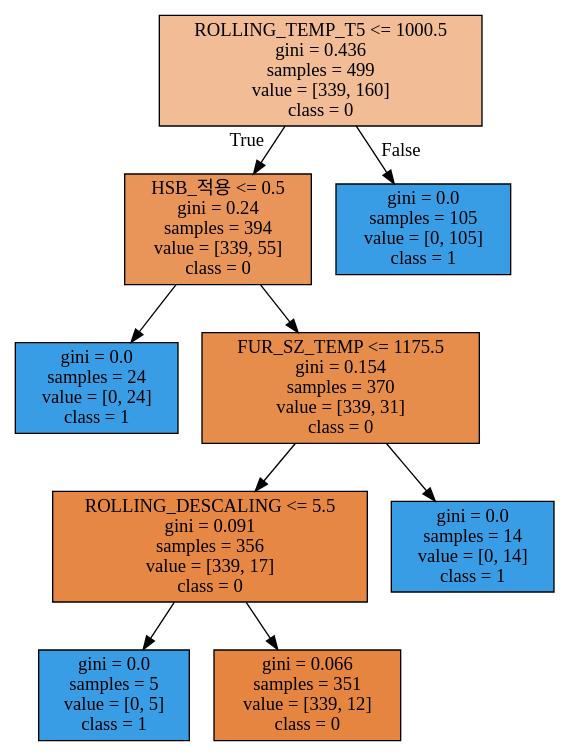
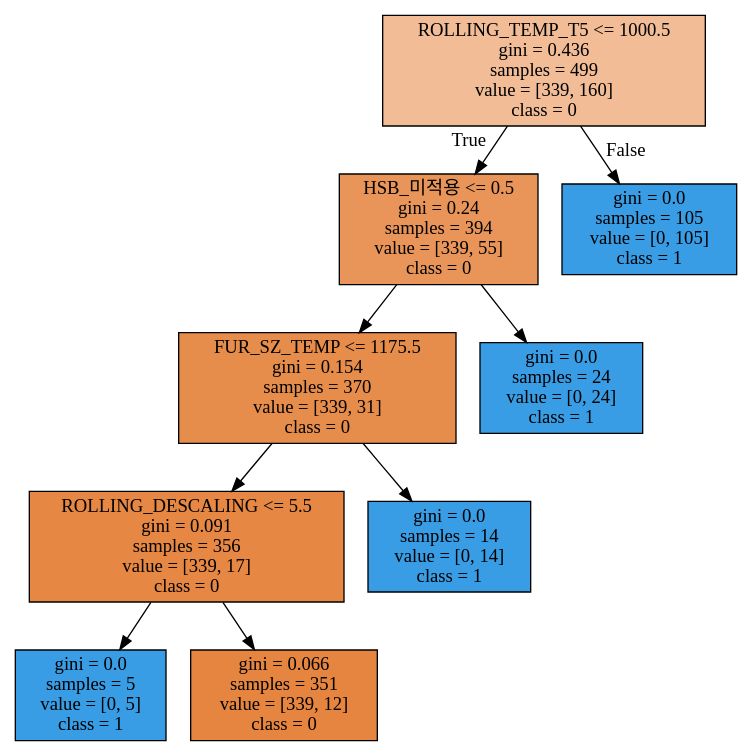
One commit to juno1028/Postech_Academy changed the diagram in HW/BigData/빅데이터 종합실습/종합실습2/tree_low.dot. Above: the diagram before and after it, drawn with Graphviz. The commit also changed 4 other files, not shown here.

```diff
--- a/HW/BigData/빅데이터 종합실습/종합실습2/tree_low.dot
+++ b/HW/BigData/빅데이터 종합실습/종합실습2/tree_low.dot
@@ -1,20 +1,20 @@
 digraph Tree {
 node [shape=box, style="filled", color="black"] ;
 0 [label="ROLLING_TEMP_T5 <= 1000.5\ngini = 0.436\nsamples = 499\nvalue = [339, 160]\nclass = 0", fillcolor="#f1bc96"] ;
-1 [label="HSB_적용 <= 0.5\ngini = 0.24\nsamples = 394\nvalue = [339, 55]\nclass = 0", fillcolor="#e99559"] ;
+1 [label="HSB_미적용 <= 0.5\ngini = 0.24\nsamples = 394\nvalue = [339, 55]\nclass = 0", fillcolor="#e99559"] ;
 0 -> 1 [labeldistance=2.5, labelangle=45, headlabel="True"] ;
-2 [label="gini = 0.0\nsamples = 24\nvalue = [0, 24]\nclass = 1", fillcolor="#399de5"] ;
+2 [label="FUR_SZ_TEMP <= 1175.5\ngini = 0.154\nsamples = 370\nvalue = [339, 31]\nclass = 0", fillcolor="#e78d4b"] ;
 1 -> 2 ;
-3 [label="FUR_SZ_TEMP <= 1175.5\ngini = 0.154\nsamples = 370\nvalue = [339, 31]\nclass = 0", fillcolor="#e78d4b"] ;
-1 -> 3 ;
-4 [label="ROLLING_DESCALING <= 5.5\ngini = 0.091\nsamples = 356\nvalue = [339, 17]\nclass = 0", fillcolor="#e68743"] ;
+3 [label="ROLLING_DESCALING <= 5.5\ngini = 0.091\nsamples = 356\nvalue = [339, 17]\nclass = 0", fillcolor="#e68743"] ;
+2 -> 3 ;
+4 [label="gini = 0.0\nsamples = 5\nvalue = [0, 5]\nclass = 1", fillcolor="#399de5"] ;
 3 -> 4 ;
-5 [label="gini = 0.0\nsamples = 5\nvalue = [0, 5]\nclass = 1", fillcolor="#399de5"] ;
-4 -> 5 ;
-6 [label="gini = 0.066\nsamples = 351\nvalue = [339, 12]\nclass = 0", fillcolor="#e68540"] ;
-4 -> 6 ;
-7 [label="gini = 0.0\nsamples = 14\nvalue = [0, 14]\nclass = 1", fillcolor="#399de5"] ;
-3 -> 7 ;
+5 [label="gini = 0.066\nsamples = 351\nvalue = [339, 12]\nclass = 0", fillcolor="#e68540"] ;
+3 -> 5 ;
+6 [label="gini = 0.0\nsamples = 14\nvalue = [0, 14]\nclass = 1", fillcolor="#399de5"] ;
+2 -> 6 ;
+7 [label="gini = 0.0\nsamples = 24\nvalue = [0, 24]\nclass = 1", fillcolor="#399de5"] ;
+1 -> 7 ;
 8 [label="gini = 0.0\nsamples = 105\nvalue = [0, 105]\nclass = 1", fillcolor="#399de5"] ;
 0 -> 8 [labeldistance=2.5, labelangle=-45, headlabel="False"] ;
 }
```
